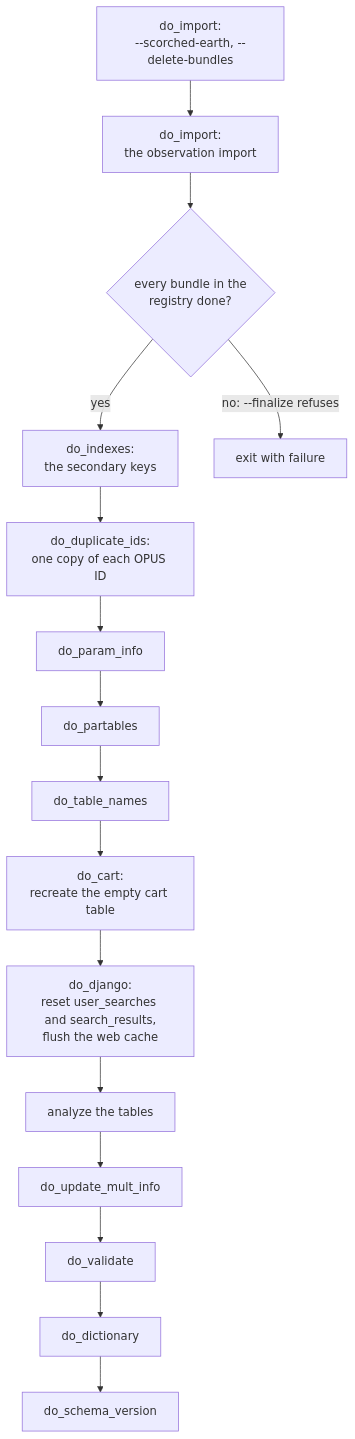
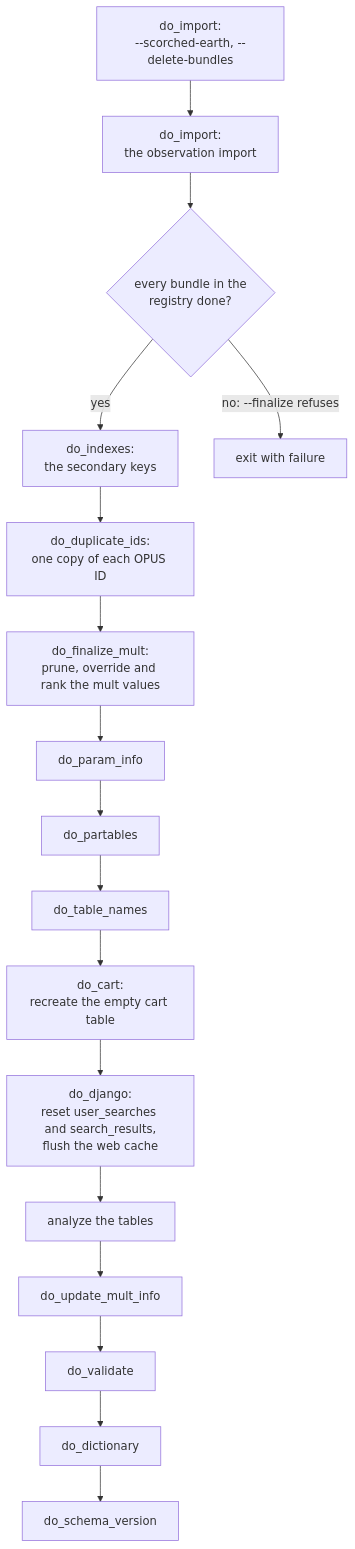
One commit to SETI/rms-opus changed the diagram in docs/dev_guide_import_steps.rst. Above: the diagram before and after it, drawn with Mermaid. The commit also changed other lines of this file and 21 other files, not shown here.

```diff
--- a/docs/dev_guide_import_steps.rst
+++ b/docs/dev_guide_import_steps.rst
@@ -19,23 +19,24 @@
 .. mermaid::
     :zoom:
 
     flowchart TD
         SE["do_import:<br/>--scorched-earth, --delete-bundles"]
         I[do_import:<br/>the observation import]
         R{every bundle in the<br/>registry done?}
         K[do_indexes:<br/>the secondary keys]
         DU[do_duplicate_ids:<br/>one copy of each OPUS ID]
+        FM[do_finalize_mult:<br/>prune, override and rank the mult values]
         P[do_param_info]
         PT[do_partables]
         TN[do_table_names]
         C[do_cart:<br/>recreate the empty cart table]
         DJ[do_django:<br/>reset user_searches and search_results,<br/>flush the web cache]
         A[analyze the tables]
         UM[do_update_mult_info]
         V[do_validate]
         D[do_dictionary]
         SV[do_schema_version]
 
         SE --> I --> R
-        R -->|yes| K --> DU --> P --> PT --> TN --> C --> DJ --> A --> UM --> V --> D --> SV
+        R -->|yes| K --> DU --> FM --> P --> PT --> TN --> C --> DJ --> A --> UM --> V --> D --> SV
         R -->|"no: --finalize refuses"| X[exit with failure]
```
